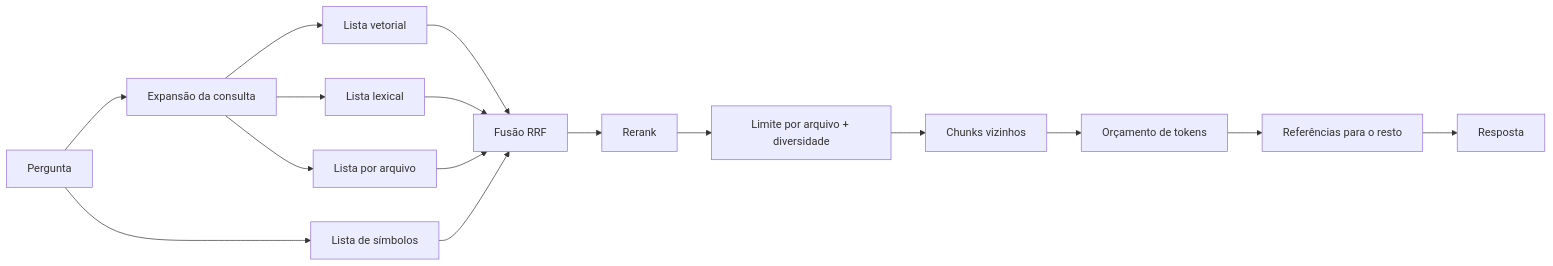
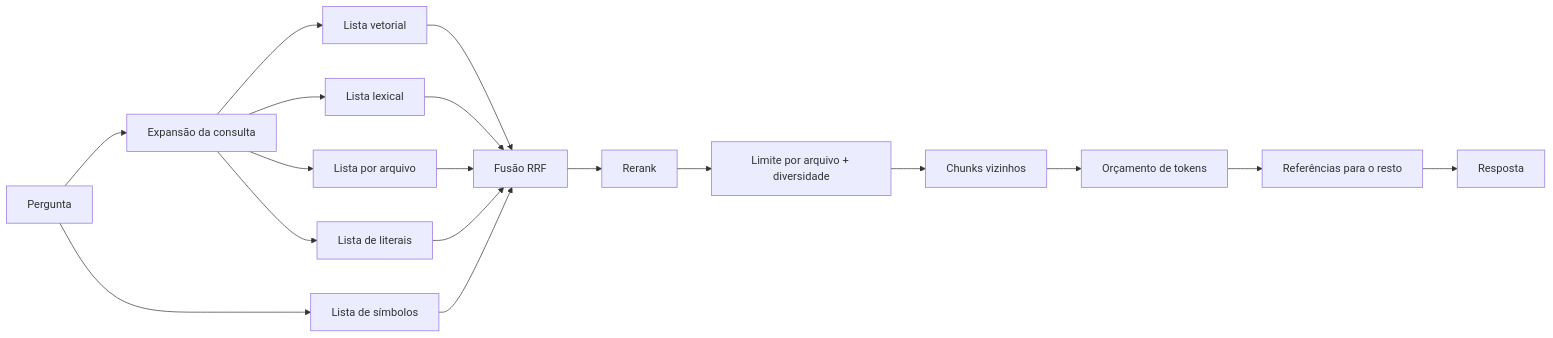
The diagram in docs/pt-BR/retrieval.md (pedrojr/ragnar), drawn with Mermaid before and after one commit. The commit also changed other lines of this file and 40 other files, not shown here.

First line of the commit message:
feat: retrieval for large legacy systems: literals, form handlers, code graph, excerpts (#4)

````diff
--- a/docs/pt-BR/retrieval.md
+++ b/docs/pt-BR/retrieval.md
@@ -9,18 +9,20 @@
 ```mermaid
 flowchart LR
     q[Pergunta] --> x[Expansão da consulta]
     x --> v[Lista vetorial]
     x --> l[Lista lexical]
     x --> w[Lista por arquivo]
+    x --> t[Lista de literais]
     q --> s[Lista de símbolos]
     v --> f[Fusão RRF]
     l --> f
     w --> f
+    t --> f
     s --> f
     f --> r[Rerank]
     r --> d[Limite por arquivo + diversidade]
     d --> n[Chunks vizinhos]
     n --> b[Orçamento de tokens]
     b --> c[Referências para o resto]
     c --> a[Resposta]
 ```
````
